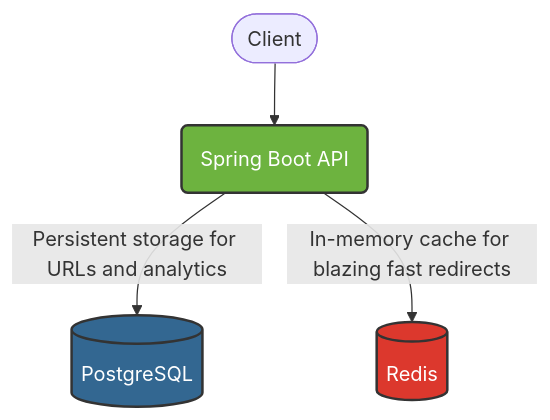
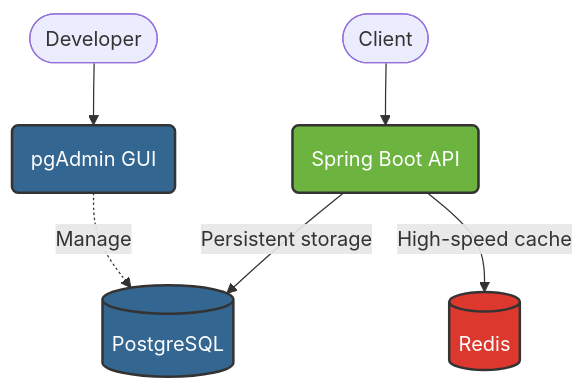
The diagram in README.md (ilias314/spring-boot-url-shortner), drawn with Mermaid before and after one commit. The commit also changed other lines of this file, not shown here.

Commit message:
README
Updated the architecture diagram and tech stack details in the README.

````diff
--- a/README.md
+++ b/README.md
@@ -9,10 +9,13 @@
 ```mermaid
 flowchart TD
     Client([Client]) --> API(Spring Boot API)
-    API -->|Persistent storage for URLs and analytics| DB[(PostgreSQL)]
-    API -->|In-memory cache for blazing fast redirects| Cache[(Redis)]
+    API -->|Persistent storage| DB[(PostgreSQL)]
+    API -->|High-speed cache| Cache[(Redis)]
+    Admin([Developer]) --> PG(pgAdmin GUI)
+    PG -.->|Manage| DB
     
     style API fill:#6DB33F,stroke:#333,stroke-width:2px,color:#fff
     style DB fill:#336791,stroke:#333,stroke-width:2px,color:#fff
     style Cache fill:#DC382D,stroke:#333,stroke-width:2px,color:#fff
+    style PG fill:#336791,stroke:#333,stroke-width:2px,color:#fff
 ```
````
